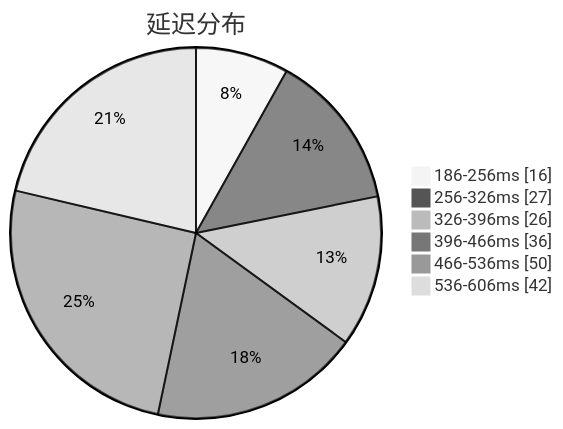
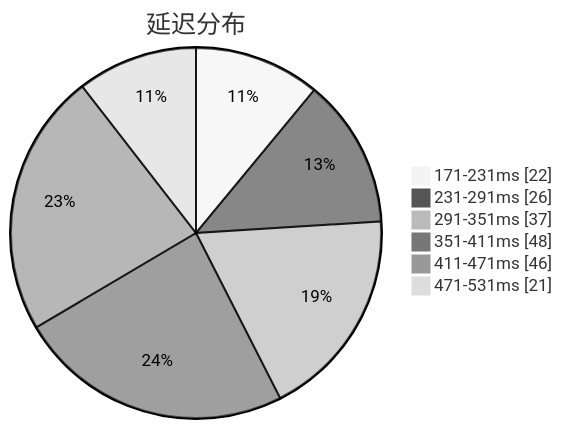
One commit to qjlxg/airport changed the first of 3 diagrams in subs/statistics/tested_within.md. Above: the diagram before and after it, drawn with Mermaid (neutral theme). The commit also changed other lines of this file and 2 other files, not shown here.

````diff
--- a/subs/statistics/tested_within.md
+++ b/subs/statistics/tested_within.md
@@ -2,10 +2,10 @@
 ```mermaid
 pie showData
 title 延迟分布
-"186-256ms" : 16
-"256-326ms" : 27
-"326-396ms" : 26
-"396-466ms" : 36
-"466-536ms" : 50
-"536-606ms" : 42
+"171-231ms" : 22
+"231-291ms" : 26
+"291-351ms" : 37
+"351-411ms" : 48
+"411-471ms" : 46
+"471-531ms" : 21
 ```
````
